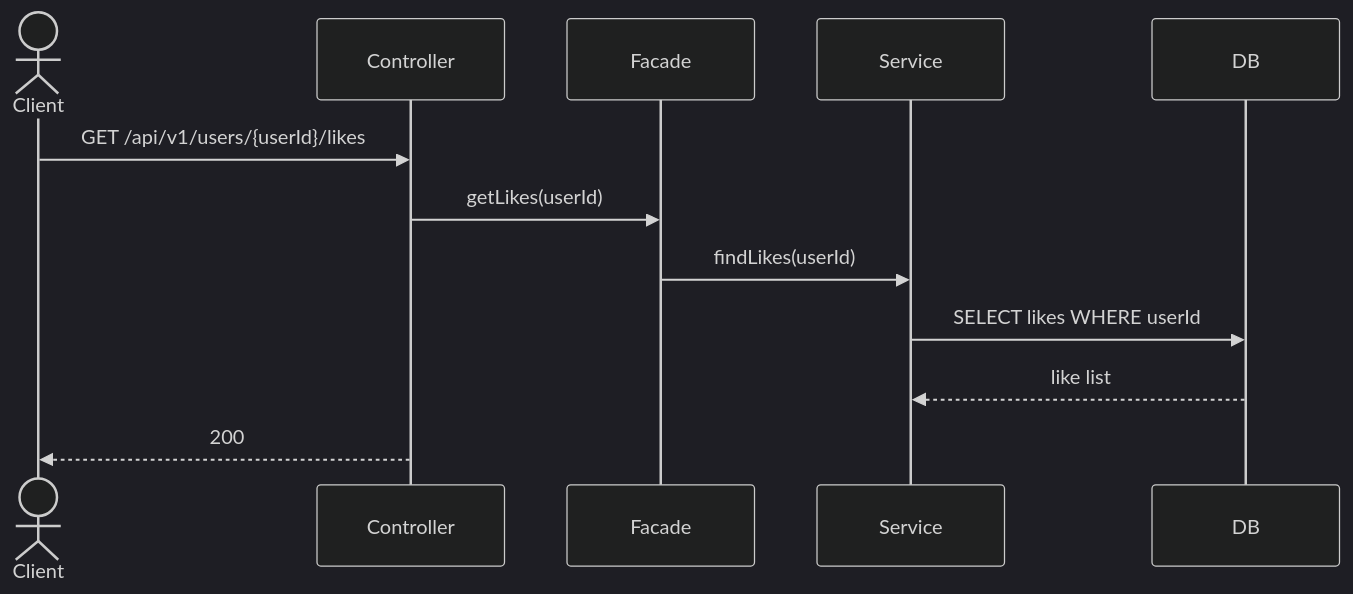
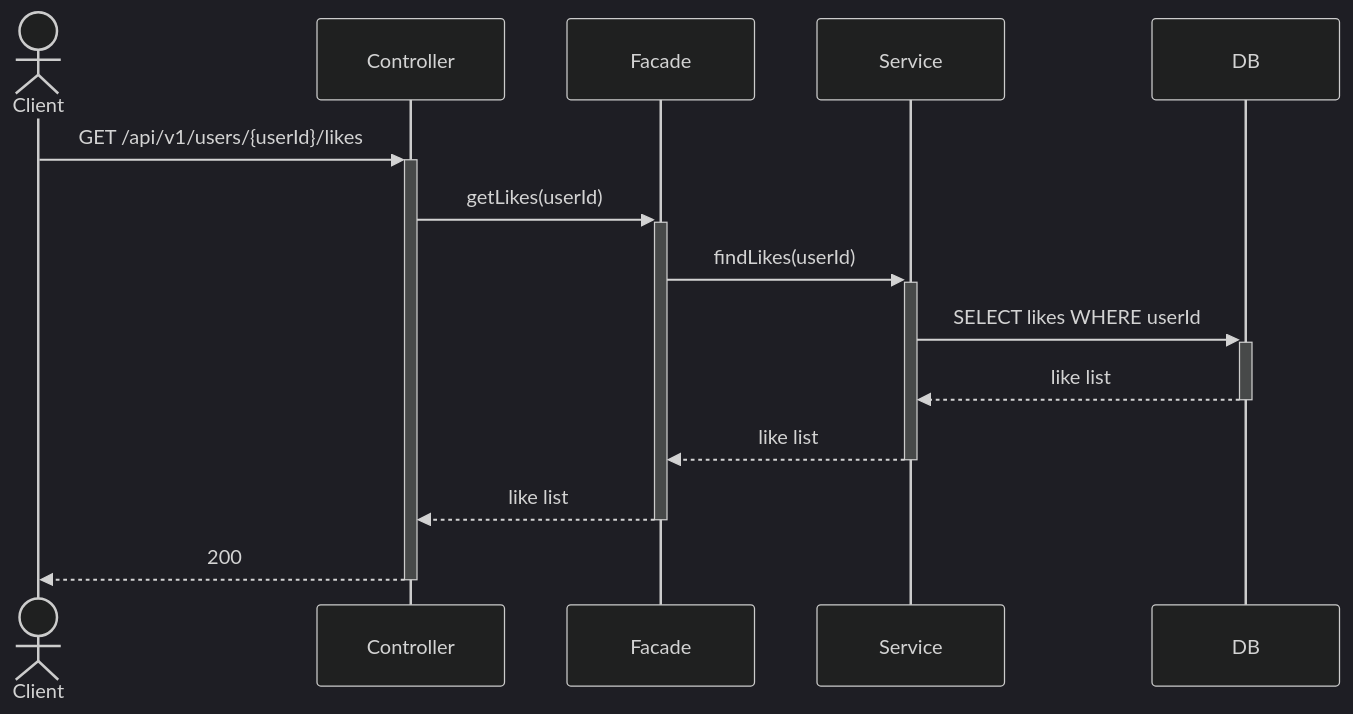
One commit to loopers-labs/loop-pack-be-l2-vol4-java changed the sixth of 21 diagrams in .docs/design/02-sequence-diagrams.md. Above: the diagram before and after it, drawn with Mermaid (dark theme). The commit also changed other lines of this file, not shown here.

Commit message:
docs: 시퀀스 다이어그램 수정

````diff
--- a/.docs/design/02-sequence-diagrams.md
+++ b/.docs/design/02-sequence-diagrams.md
@@ -148,15 +165,17 @@
 ```mermaid
 sequenceDiagram
     actor Client
     participant Controller
     participant Facade
     participant Service
     participant DB
 
-    Client->>Controller: GET /api/v1/users/{userId}/likes
-    Controller->>Facade: getLikes(userId)
-    Facade->>Service: findLikes(userId)
-    Service->>DB: SELECT likes WHERE userId
-    DB-->>Service: like list
-    Controller-->>Client: 200
+    Client->>+Controller: GET /api/v1/users/{userId}/likes
+    Controller->>+Facade: getLikes(userId)
+    Facade->>+Service: findLikes(userId)
+    Service->>+DB: SELECT likes WHERE userId
+    DB-->>-Service: like list
+    Service-->>-Facade: like list
+    Facade-->>-Controller: like list
+    Controller-->>-Client: 200
 ```
````
